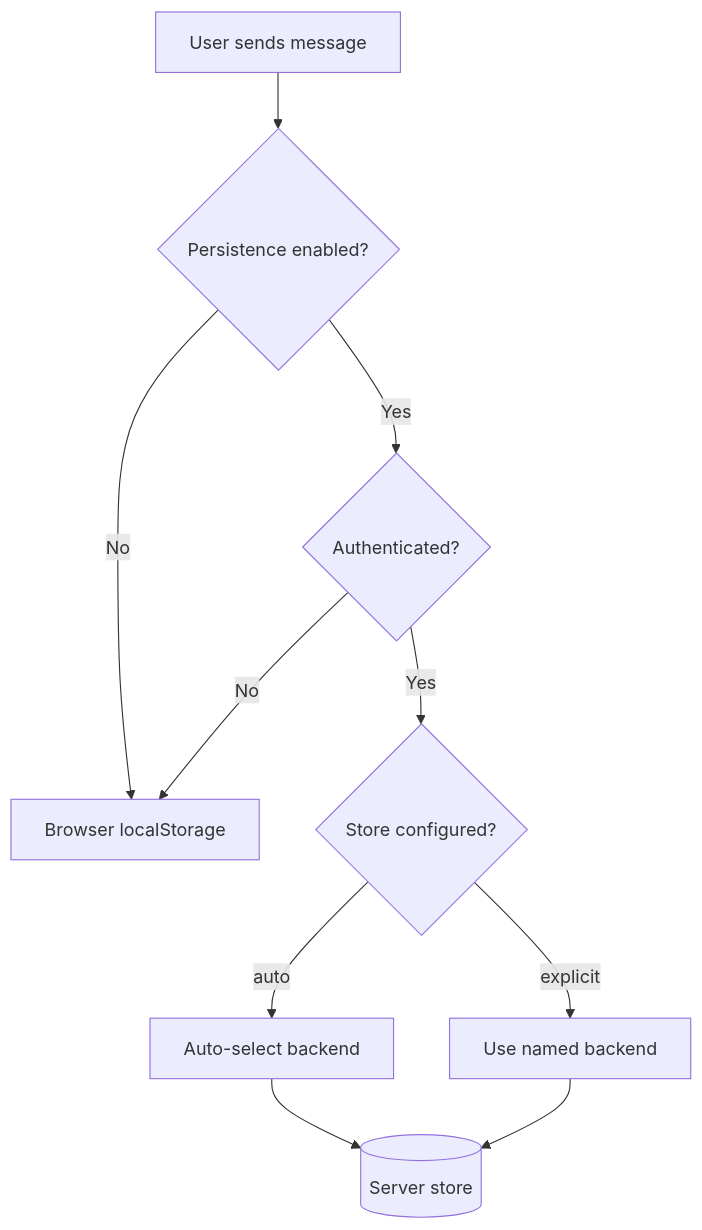
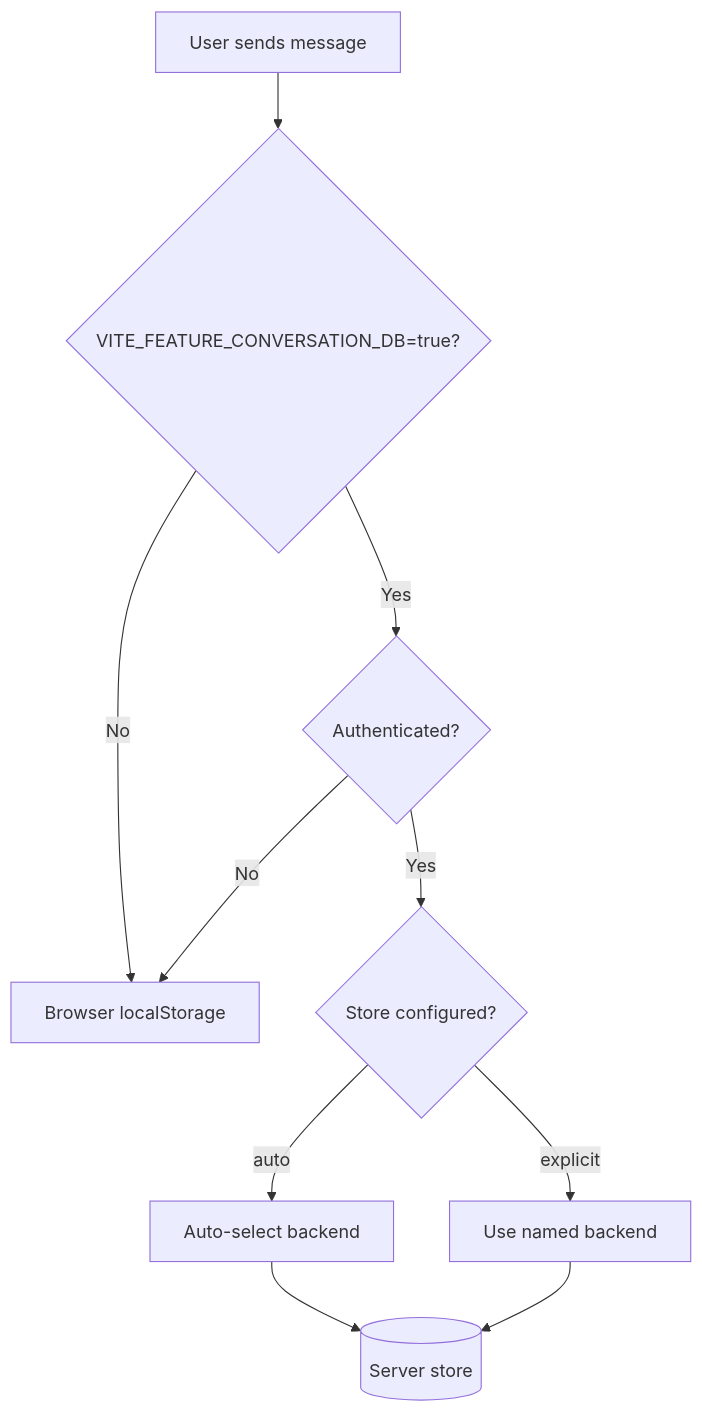
One commit to duyet/clickhouse-monitoring changed the first of 2 diagrams in docs/content/ai-agent/conversation-history.mdx. Above: the diagram before and after it, drawn with Mermaid. The commit also changed other lines of this file and 17 other files, not shown here.

````diff
--- a/docs/content/ai-agent/conversation-history.mdx
+++ b/docs/content/ai-agent/conversation-history.mdx
@@ -7,12 +7,12 @@
 ```mermaid
 flowchart TD
-    A[User sends message] --> B{Persistence enabled?}
+    A[User sends message] --> B{VITE_FEATURE_CONVERSATION_DB=true?}
     B -- No --> C[Browser localStorage]
     B -- Yes --> D{Authenticated?}
     D -- No --> C
     D -- Yes --> E{Store configured?}
     E -- auto --> F[Auto-select backend]
     E -- explicit --> G[Use named backend]
     F --> H[(Server store)]
     G --> H
 ```
````
